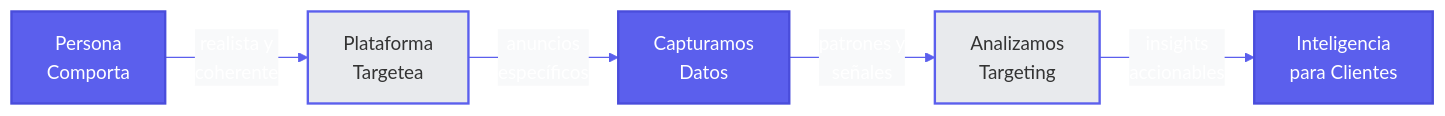
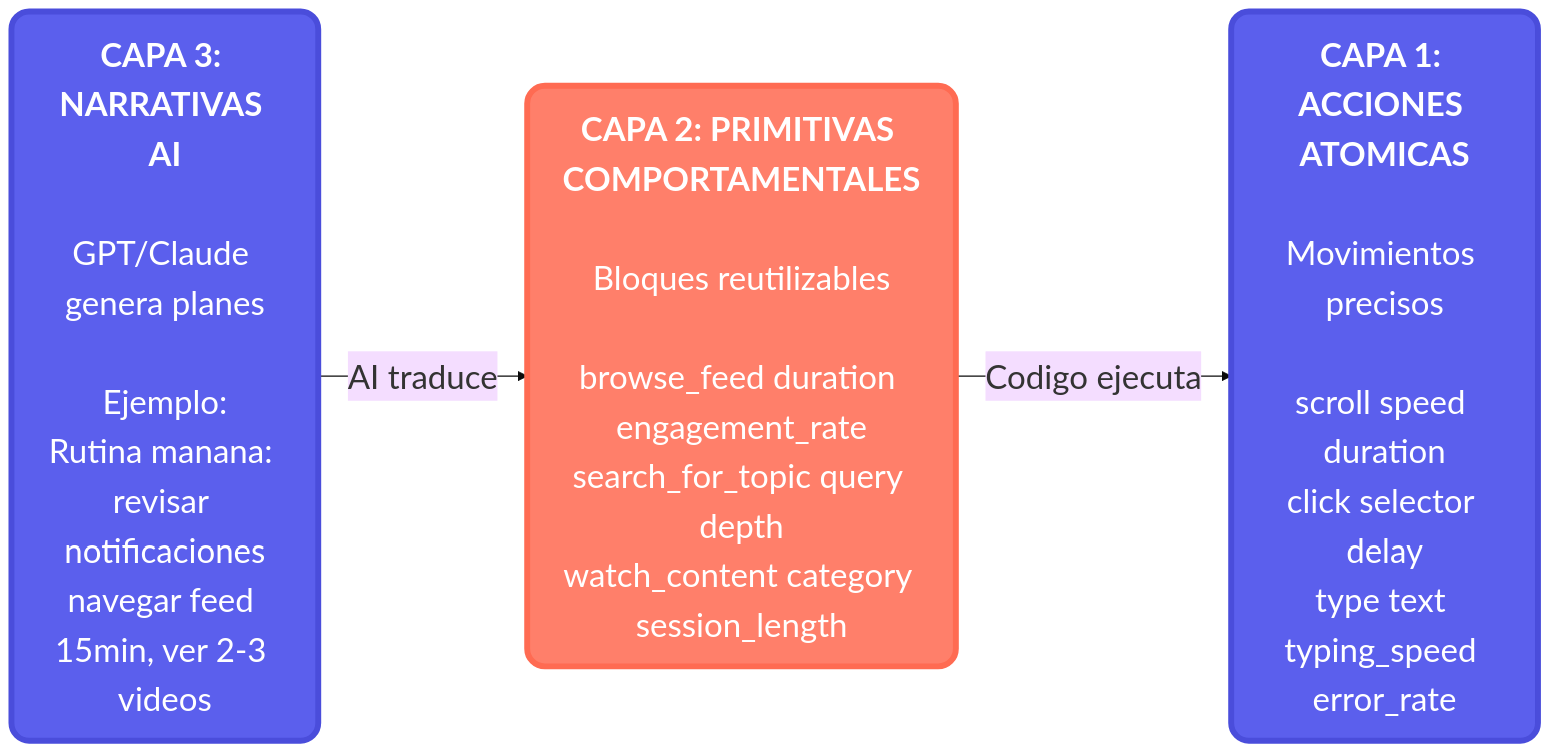
One commit to SeenkaMedia/persona changed the diagram in docs/presentation/visuals/01_intelligence_cycle.mmd. Above: the diagram before and after it, drawn with Mermaid. The commit also changed 14 other files, not shown here.

```diff
--- a/docs/presentation/visuals/01_intelligence_cycle.mmd
+++ b/docs/presentation/visuals/01_intelligence_cycle.mmd
@@ -1,13 +1,15 @@
-%%{init: {'theme':'base', 'themeVariables': { 'primaryColor':'#5B5FED','primaryTextColor':'#fff','primaryBorderColor':'#4A4DDB','lineColor':'#5B5FED','secondaryColor':'#F8F9FA','tertiaryColor':'#E8EAED','fontSize':'16px'}}}%%
+%%{init: {'theme':'base', 'themeVariables': { 'fontSize':'28px', 'fontFamily':'Lato, sans-serif'}}}%%
 
 graph LR
-    A[Persona<br/>Comporta] -->|realista y<br/>coherente| B[Plataforma<br/>Targetea]
-    B -->|anuncios<br/>específicos| C[Capturamos<br/>Datos]
-    C -->|patrones y<br/>señales| D[Analizamos<br/>Targeting]
-    D -->|insights<br/>accionables| E[Inteligencia<br/>para Clientes]
+    A["<b>CAPA 3: NARRATIVAS AI</b><br/><br/>GPT/Claude genera planes<br/><br/>Ejemplo:<br/>Rutina manana: revisar notificaciones<br/>navegar feed 15min, ver 2-3 videos"]
 
-    style A fill:#5B5FED,stroke:#4A4DDB,stroke-width:2px,color:#fff
-    style B fill:#E8EAED,stroke:#5B5FED,stroke-width:2px,color:#333
-    style C fill:#5B5FED,stroke:#4A4DDB,stroke-width:2px,color:#fff
-    style D fill:#E8EAED,stroke:#5B5FED,stroke-width:2px,color:#333
-    style E fill:#5B5FED,stroke:#4A4DDB,stroke-width:2px,color:#fff
+    B["<b>CAPA 2: PRIMITIVAS COMPORTAMENTALES</b><br/><br/>Bloques reutilizables<br/><br/>browse_feed duration engagement_rate<br/>search_for_topic query depth<br/>watch_content category session_length"]
+
+    C["<b>CAPA 1: ACCIONES ATOMICAS</b><br/><br/>Movimientos precisos<br/><br/>scroll speed duration<br/>click selector delay<br/>type text typing_speed error_rate"]
+
+    A -->|"AI traduce"| B
+    B -->|"Codigo ejecuta"| C
+
+    style A fill:#5B5FED,stroke:#4A4DDB,stroke-width:5px,color:#fff,rx:15,ry:15
+    style B fill:#FF7F6A,stroke:#FF6B52,stroke-width:5px,color:#fff,rx:15,ry:15
+    style C fill:#5B5FED,stroke:#4A4DDB,stroke-width:5px,color:#fff,rx:15,ry:15
```
